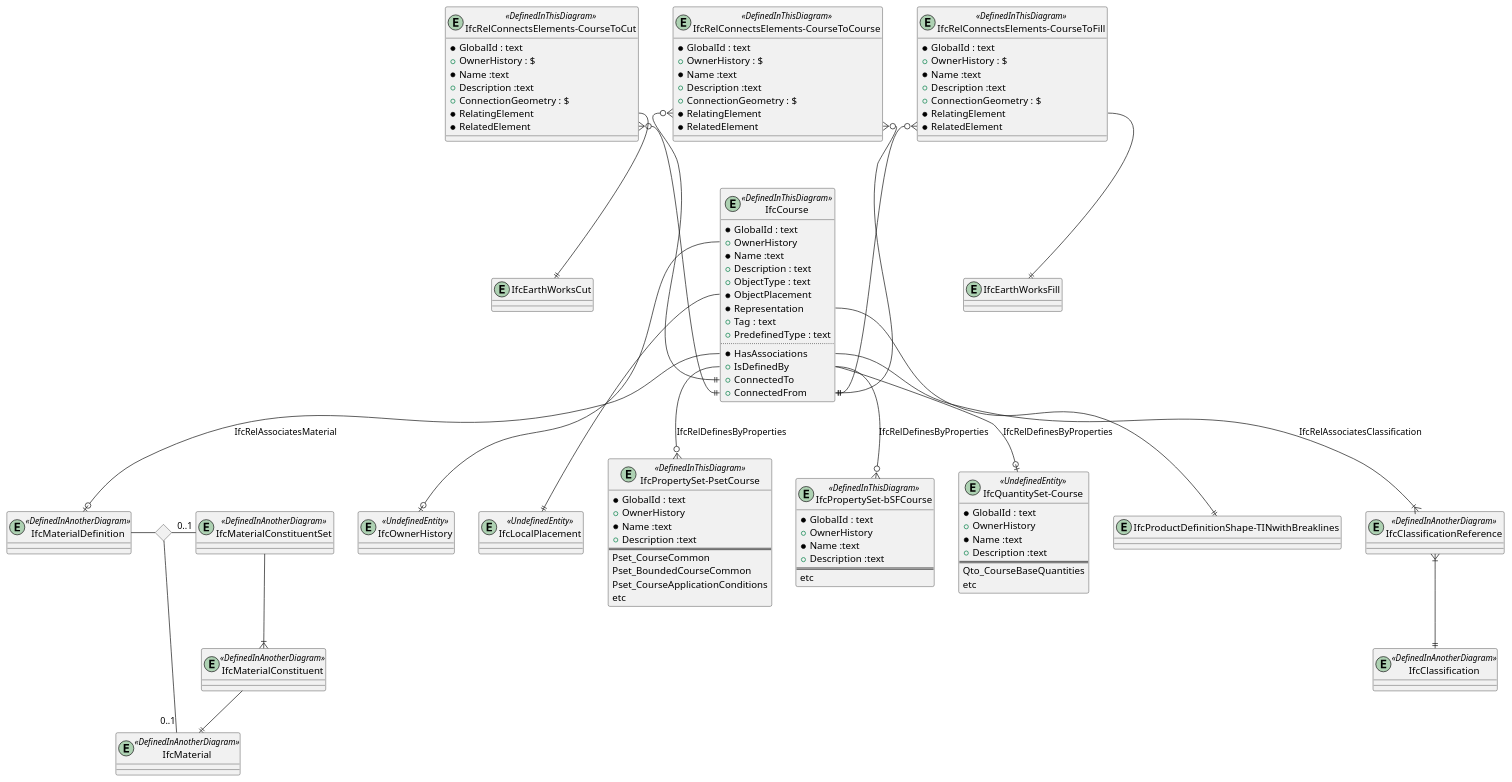
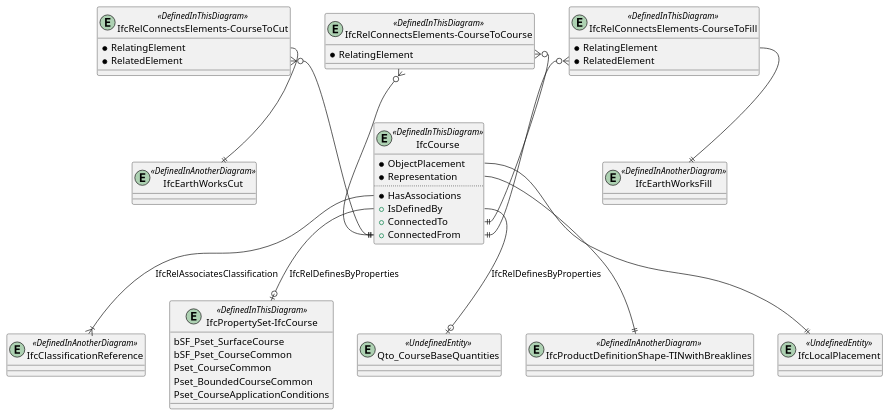
One commit to buildingSMART-Finland/RYTV-IFCRoute changed the diagram in diagrams/bsf-IfcCourse.pu. Above: the diagram before and after it, drawn with PlantUML. The commit also changed 5 other files, not shown here.

Commit message:
Changes to diagrams and markdown - Material related stuff removed - Unused entity members removed - Table format for property sets

```diff
--- a/diagrams/bsf-IfcCourse.pu
+++ b/diagrams/bsf-IfcCourse.pu
@@ -1,143 +1,96 @@
 @startuml 
 
 
 entity IfcCourse <<DefinedInThisDiagram>>
 {
-  *GlobalId : text
-  +OwnerHistory
-  *Name :text
-  +Description : text
-  +ObjectType : text
   *ObjectPlacement
   *Representation
-  +Tag : text
-  +PredefinedType : text
   ..
   *HasAssociations
   +IsDefinedBy
   +ConnectedTo
   +ConnectedFrom
 }
 
-entity IfcClassification <<DefinedInAnotherDiagram>>
 entity IfcClassificationReference <<DefinedInAnotherDiagram>>
-entity IfcMaterialDefinition <<DefinedInAnotherDiagram>>
-entity IfcMaterialConstituentSet <<DefinedInAnotherDiagram>>
-entity IfcMaterialConstituent <<DefinedInAnotherDiagram>>
-entity IfcMaterial <<DefinedInAnotherDiagram>>
 
-entity "IfcPropertySet-PsetCourse" <<DefinedInThisDiagram>>
+entity IfcPropertySet-IfcCourse <<DefinedInThisDiagram>>
 {
-  *GlobalId : text
-  +OwnerHistory
-  *Name :text
-  +Description :text
-  ==
-  Pset_CourseCommon
-  Pset_BoundedCourseCommon
-  Pset_CourseApplicationConditions
-  etc
+    bSF_Pset_SurfaceCourse
+    bSF_Pset_CourseCommon
+    Pset_CourseCommon
+    Pset_BoundedCourseCommon
+    Pset_CourseApplicationConditions
 }
 
-entity "IfcPropertySet-bSFCourse" <<DefinedInThisDiagram>>
-{
-  *GlobalId : text
-  +OwnerHistory
-  *Name :text
-  +Description :text
-  ==
-  etc
-}
-
-entity "IfcQuantitySet-Course" <<UndefinedEntity>>
-{
-  *GlobalId : text
-  +OwnerHistory
-  *Name :text
-  +Description :text
-  ==
-  Qto_CourseBaseQuantities
-  etc
-}
-
-entity IfcOwnerHistory <<UndefinedEntity>> 
-
-IfcCourse::OwnerHistory --o| IfcOwnerHistory
+'entity bSF_Pset_SurfaceCourse <<DefinedInAnotherDiagram>>
 
 
-IfcClassificationReference}|--||IfcClassification 
+'protocol bSF_Pset_CourseCommon <<DefinedInAnotherDiagram>>
+
+
+entity Qto_CourseBaseQuantities <<UndefinedEntity>>
+
+'protocol Pset_CourseCommon <<UndefinedEntity>>
+
+'protocol Pset_BoundedCourseCommon <<UndefinedEntity>>
+
+'protocol Pset_CourseApplicationConditions <<Undefinedentity>>
+
 
 IfcCourse::HasAssociations --|{ IfcClassificationReference : IfcRelAssociatesClassification
-IfcCourse::HasAssociations --o| IfcMaterialDefinition : IfcRelAssociatesMaterial
 
-entity "IfcProductDefinitionShape-TINwithBreaklines"
+entity "IfcProductDefinitionShape-TINwithBreaklines" <<DefinedInAnotherDiagram>>
 
 IfcCourse::Representation --|| "IfcProductDefinitionShape-TINwithBreaklines"
 
 entity IfcLocalPlacement <<UndefinedEntity>>
 IfcCourse::ObjectPlacement --|| IfcLocalPlacement
 
-IfcCourse::IsDefinedBy --o{ "IfcPropertySet-bSFCourse" : IfcRelDefinesByProperties
-IfcCourse::IsDefinedBy --o{ "IfcPropertySet-PsetCourse"  : IfcRelDefinesByProperties
-IfcCourse::IsDefinedBy --o| "IfcQuantitySet-Course" : IfcRelDefinesByProperties
+IfcCourse::IsDefinedBy --o| "IfcPropertySet-IfcCourse" : IfcRelDefinesByProperties
+'IfcCourse::IsDefinedBy --o| bSF_Pset_CourseCommon : IfcRelDefinesByProperties
+'IfcCourse::IsDefinedBy --o| bSF_Pset_SurfaceCourse  : IfcRelDefinesByProperties
+'IfcCourse::IsDefinedBy --o| Pset_CourseCommon : IfcRelDefinesByProperties
+'IfcCourse::IsDefinedBy --o| Pset_BoundedCourseCommon : IfcRelDefinesByProperties
+'IfcCourse::IsDefinedBy --o| Pset_CourseApplicationConditions : IfcRelDefinesByProperties
 
-entity IfcEarthWorksCut
+IfcCourse::IsDefinedBy --o| Qto_CourseBaseQuantities : IfcRelDefinesByProperties
 
-entity IfcEarthWorksFill
+entity IfcEarthWorksCut <<DefinedInAnotherDiagram>>
+
+entity IfcEarthWorksFill <<DefinedInAnotherDiagram>>
 
 
 entity "IfcRelConnectsElements-CourseToCut" <<DefinedInThisDiagram>>
 {
-  *GlobalId : text
-  +OwnerHistory : $
-  *Name :text
-  +Description :text
-  +ConnectionGeometry : $
   *RelatingElement
   *RelatedElement
 }
 
 "IfcRelConnectsElements-CourseToCut::RelatingElement" --|| IfcEarthWorksCut
 "IfcRelConnectsElements-CourseToCut::RelatedElement" }o--|| IfcCourse::ConnectedFrom
 
 
 entity "IfcRelConnectsElements-CourseToCourse" <<DefinedInThisDiagram>>
 {
-  *GlobalId : text
-  +OwnerHistory : $
-  *Name :text
-  +Description :text
-  +ConnectionGeometry : $
   *RelatingElement
-  *RelatedElement
 }
 
 
 "IfcRelConnectsElements-CourseToCourse::RelatingElement" }o--|| IfcCourse::ConnectedTo
 "IfcRelConnectsElements-CourseToCourse::RelatedElement" }o--|| IfcCourse::ConnectedFrom
 
 
 entity "IfcRelConnectsElements-CourseToFill" <<DefinedInThisDiagram>>
 {
-  *GlobalId : text
-  +OwnerHistory : $
-  *Name :text
-  +Description :text
-  +ConnectionGeometry : $
   *RelatingElement
   *RelatedElement
 }
 
 "IfcRelConnectsElements-CourseToFill::RelatingElement" --|| IfcEarthWorksFill
 "IfcRelConnectsElements-CourseToFill::RelatedElement" }o--|| IfcCourse::ConnectedFrom
 
-<> diamond
 
-IfcMaterialDefinition - diamond
-diamond - "0..1" IfcMaterialConstituentSet
-diamond - "0..1" IfcMaterial
-IfcMaterialConstituentSet--|{IfcMaterialConstituent
-IfcMaterialConstituent--||IfcMaterial
 
 
 @enduml
```
